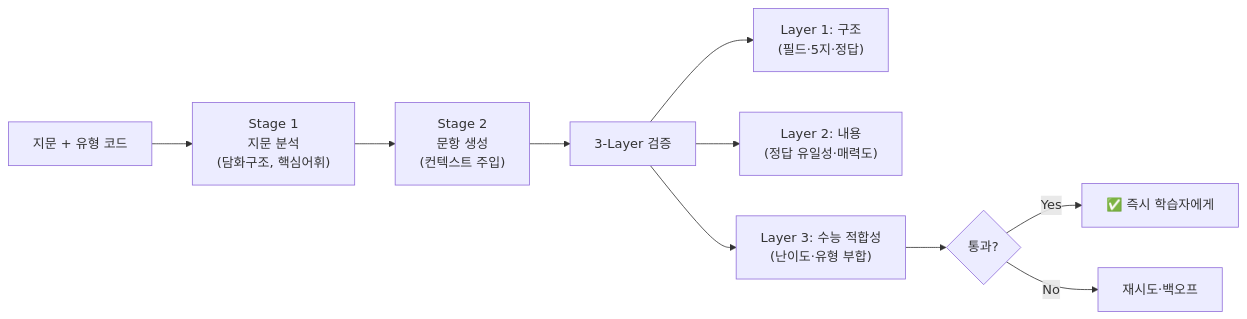
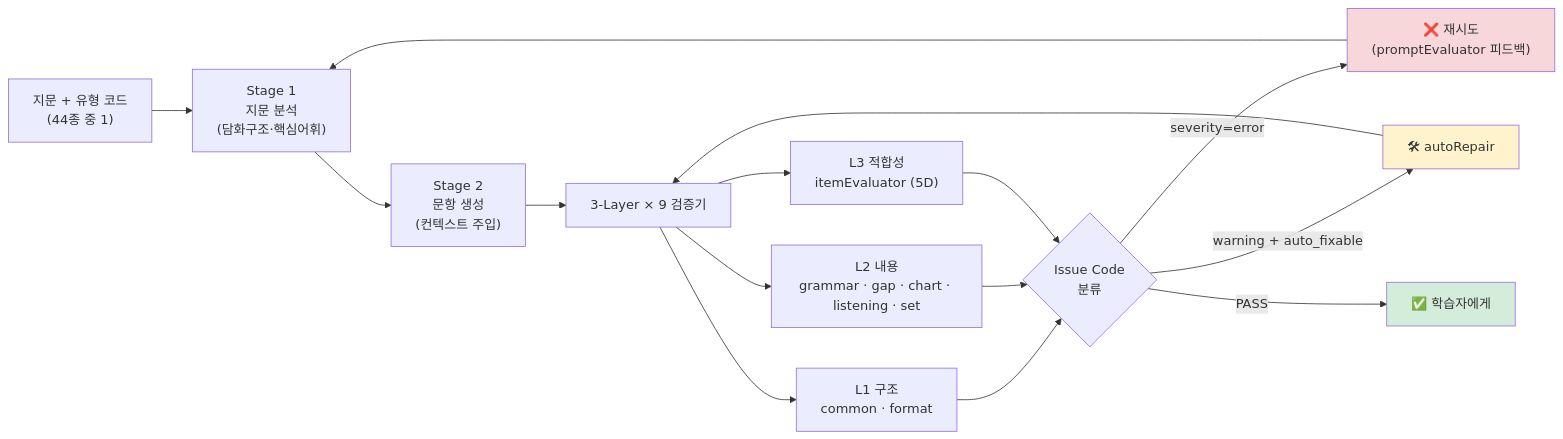
One commit to smilepat/myprojects changed diagram 24 of 36 in SLIDES_GAP_TO_PROGRESS.md. Above: the diagram before and after it, drawn with Mermaid. The commit also changed other lines of this file and 6 other files, not shown here.

First line of the commit message:
feat(slides): expand from 19 to 36 charts + PDCA tracking (#1)

````diff
--- a/SLIDES_GAP_TO_PROGRESS.md
+++ b/SLIDES_GAP_TO_PROGRESS.md
@@ -321,12 +645,24 @@
 ```mermaid
 flowchart LR
-    P["지문 + 유형 코드"] --> S1
-    S1["Stage 1<br/>지문 분석<br/>(담화구조, 핵심어휘)"] --> S2
-    S2["Stage 2<br/>문항 생성<br/>(컨텍스트 주입)"] --> V["3-Layer 검증"]
-    V --> V1["Layer 1: 구조<br/>(필드·5지·정답)"]
-    V --> V2["Layer 2: 내용<br/>(정답 유일성·매력도)"]
-    V --> V3["Layer 3: 수능 적합성<br/>(난이도·유형 부합)"]
-    V3 --> OK{"통과?"}
-    OK -->|Yes| OUT["✅ 즉시 학습자에게"]
-    OK -->|No| RETRY["재시도·백오프"]
+    P["지문 + 유형 코드<br/>(44종 중 1)"] --> S1
+    S1["Stage 1<br/>지문 분석<br/>(담화구조·핵심어휘)"] --> S2
+    S2["Stage 2<br/>문항 생성<br/>(컨텍스트 주입)"] --> V
+
+    V["3-Layer × 9 검증기"]
+    V --> L1["L1 구조<br/>common · format"]
+    V --> L2["L2 내용<br/>grammar · gap · chart · listening · set"]
+    V --> L3["L3 적합성<br/>itemEvaluator (5D)"]
+
+    L1 --> IC{"Issue Code<br/>분류"}
+    L2 --> IC
+    L3 --> IC
+    IC -->|"severity=error"| FAIL["❌ 재시도<br/>(promptEvaluator 피드백)"]
+    IC -->|"warning + auto_fixable"| FIX["🛠 autoRepair"]
+    IC -->|"PASS"| OUT["✅ 학습자에게"]
+    FIX --> V
+    FAIL --> S1
+
+    style OUT fill:#d4edda
+    style FAIL fill:#f8d7da
+    style FIX fill:#fff3cd
 ```
````
